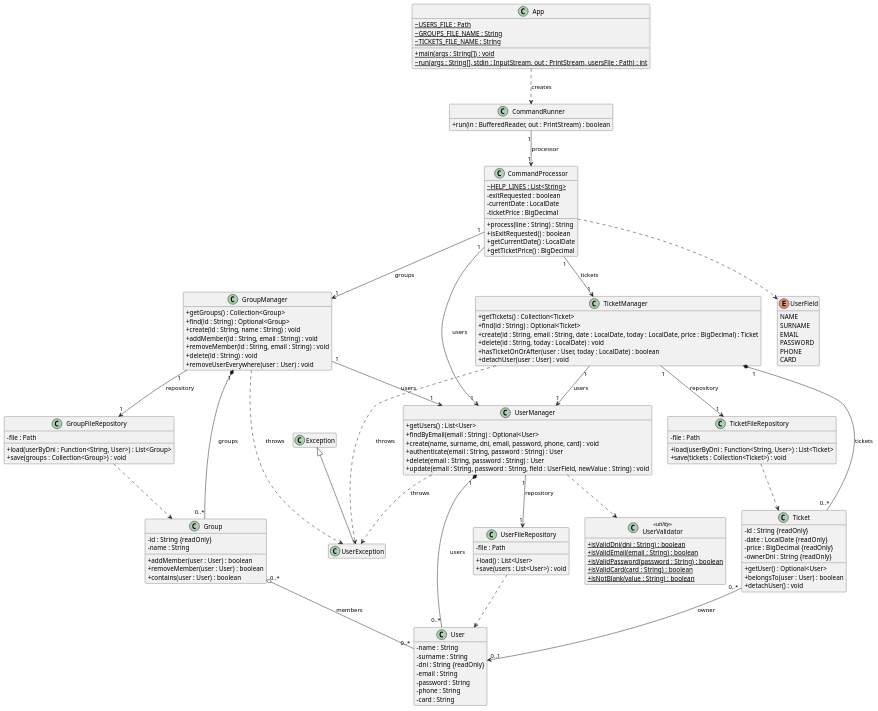
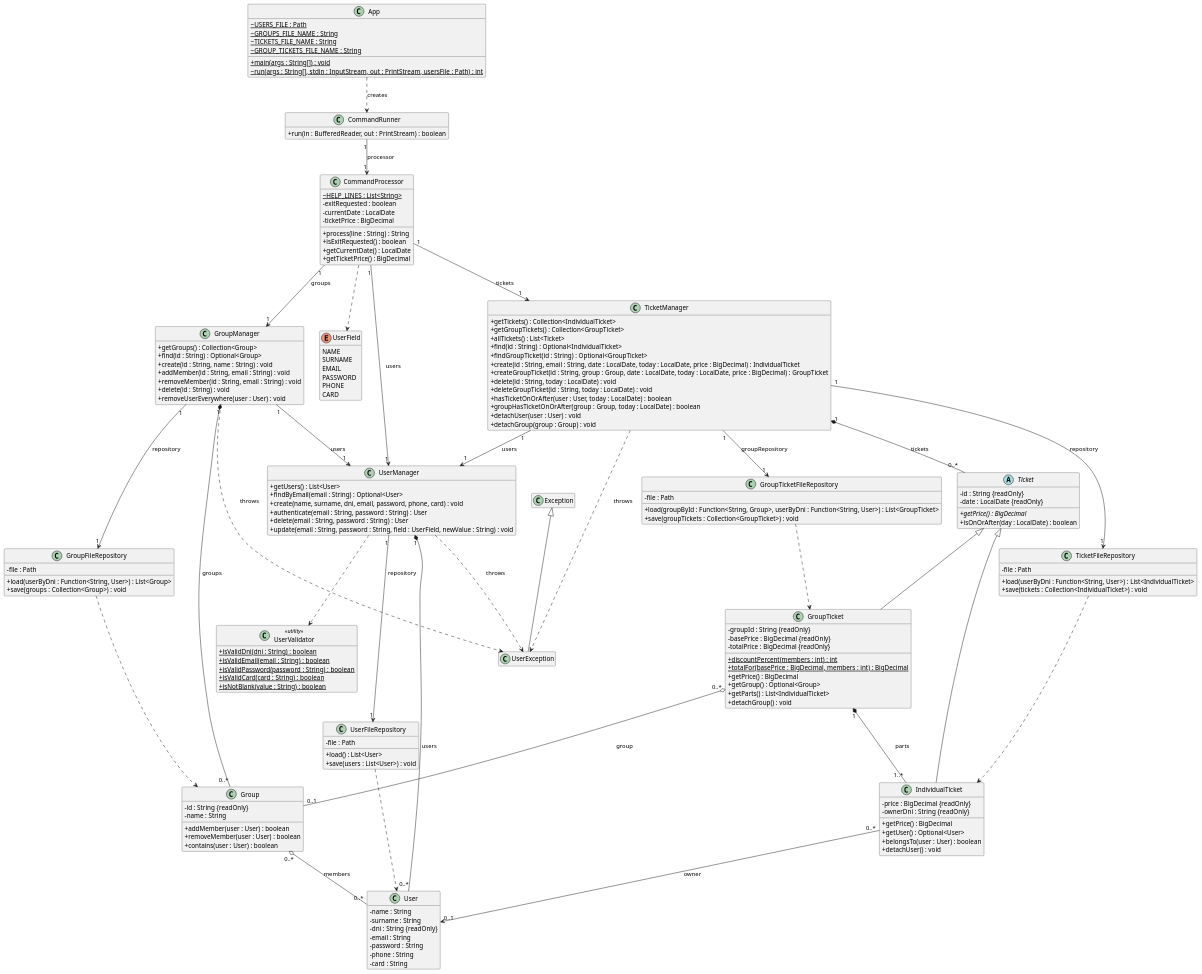
One commit to skai-upm/caise27 changed the diagram in docs/uml/model.puml. Above: the diagram before and after it, drawn with PlantUML. The commit also changed 32 other files, not shown here.

```diff
--- a/docs/uml/model.puml
+++ b/docs/uml/model.puml
@@ -1,150 +1,189 @@
 @startuml model
 ' Class model of the amusement-park application (package es.upm.etsisi.amusementpark).
 ' Keep in sync with src/main/java when classes or relationships change.
 
 skinparam classAttributeIconSize 0
 hide empty members
 
 class App {
   {static} ~USERS_FILE : Path
   {static} ~GROUPS_FILE_NAME : String
   {static} ~TICKETS_FILE_NAME : String
+  {static} ~GROUP_TICKETS_FILE_NAME : String
   {static} +main(args : String[]) : void
   {static} ~run(args : String[], stdin : InputStream, out : PrintStream, usersFile : Path) : int
 }
 
 class CommandRunner {
   +run(in : BufferedReader, out : PrintStream) : boolean
 }
 
 class CommandProcessor {
   {static} ~HELP_LINES : List<String>
   -exitRequested : boolean
   -currentDate : LocalDate
   -ticketPrice : BigDecimal
   +process(line : String) : String
   +isExitRequested() : boolean
   +getCurrentDate() : LocalDate
   +getTicketPrice() : BigDecimal
 }
 
 class UserManager {
   +getUsers() : List<User>
   +findByEmail(email : String) : Optional<User>
   +create(name, surname, dni, email, password, phone, card) : void
   +authenticate(email : String, password : String) : User
   +delete(email : String, password : String) : User
   +update(email : String, password : String, field : UserField, newValue : String) : void
 }
 
 class UserFileRepository {
   -file : Path
   +load() : List<User>
   +save(users : List<User>) : void
 }
 
 class User {
   -name : String
   -surname : String
   -dni : String {readOnly}
   -email : String
   -password : String
   -phone : String
   -card : String
 }
 
 enum UserField {
   NAME
   SURNAME
   EMAIL
   PASSWORD
   PHONE
   CARD
 }
 
 class UserValidator <<utility>> {
   {static} +isValidDni(dni : String) : boolean
   {static} +isValidEmail(email : String) : boolean
   {static} +isValidPassword(password : String) : boolean
   {static} +isValidCard(card : String) : boolean
   {static} +isNotBlank(value : String) : boolean
 }
 
 class UserException
 
 class GroupManager {
   +getGroups() : Collection<Group>
   +find(id : String) : Optional<Group>
   +create(id : String, name : String) : void
   +addMember(id : String, email : String) : void
   +removeMember(id : String, email : String) : void
   +delete(id : String) : void
   +removeUserEverywhere(user : User) : void
 }
 
 class GroupFileRepository {
   -file : Path
   +load(userByDni : Function<String, User>) : List<Group>
   +save(groups : Collection<Group>) : void
 }
 
 class Group {
   -id : String {readOnly}
   -name : String
   +addMember(user : User) : boolean
   +removeMember(user : User) : boolean
   +contains(user : User) : boolean
 }
 
 class TicketManager {
-  +getTickets() : Collection<Ticket>
-  +find(id : String) : Optional<Ticket>
-  +create(id : String, email : String, date : LocalDate, today : LocalDate, price : BigDecimal) : Ticket
+  +getTickets() : Collection<IndividualTicket>
+  +getGroupTickets() : Collection<GroupTicket>
+  +allTickets() : List<Ticket>
+  +find(id : String) : Optional<IndividualTicket>
+  +findGroupTicket(id : String) : Optional<GroupTicket>
+  +create(id : String, email : String, date : LocalDate, today : LocalDate, price : BigDecimal) : IndividualTicket
+  +createGroupTicket(id : String, group : Group, date : LocalDate, today : LocalDate, price : BigDecimal) : GroupTicket
   +delete(id : String, today : LocalDate) : void
+  +deleteGroupTicket(id : String, today : LocalDate) : void
   +hasTicketOnOrAfter(user : User, today : LocalDate) : boolean
+  +groupHasTicketOnOrAfter(group : Group, today : LocalDate) : boolean
   +detachUser(user : User) : void
+  +detachGroup(group : Group) : void
 }
 
 class TicketFileRepository {
   -file : Path
-  +load(userByDni : Function<String, User>) : List<Ticket>
-  +save(tickets : Collection<Ticket>) : void
+  +load(userByDni : Function<String, User>) : List<IndividualTicket>
+  +save(tickets : Collection<IndividualTicket>) : void
 }
 
-class Ticket {
+class GroupTicketFileRepository {
+  -file : Path
+  +load(groupById : Function<String, Group>, userByDni : Function<String, User>) : List<GroupTicket>
+  +save(groupTickets : Collection<GroupTicket>) : void
+}
+
+abstract class Ticket {
   -id : String {readOnly}
   -date : LocalDate {readOnly}
+  +{abstract} getPrice() : BigDecimal
+  +isOnOrAfter(day : LocalDate) : boolean
+}
+
+class IndividualTicket {
   -price : BigDecimal {readOnly}
   -ownerDni : String {readOnly}
+  +getPrice() : BigDecimal
   +getUser() : Optional<User>
   +belongsTo(user : User) : boolean
   +detachUser() : void
 }
+
+class GroupTicket {
+  -groupId : String {readOnly}
+  -basePrice : BigDecimal {readOnly}
+  -totalPrice : BigDecimal {readOnly}
+  {static} +discountPercent(members : int) : int
+  {static} +totalFor(basePrice : BigDecimal, members : int) : BigDecimal
+  +getPrice() : BigDecimal
+  +getGroup() : Optional<Group>
+  +getParts() : List<IndividualTicket>
+  +detachGroup() : void
+}
+
+Ticket <|-- IndividualTicket
+Ticket <|-- GroupTicket
 
 Exception <|-- UserException
 
 App ..> CommandRunner : creates
 CommandRunner "1" --> "1" CommandProcessor : processor
 CommandProcessor "1" --> "1" UserManager : users
 CommandProcessor "1" --> "1" GroupManager : groups
 CommandProcessor ..> UserField
 UserManager "1" --> "1" UserFileRepository : repository
 UserManager "1" *-- "0..*" User : users
 UserManager ..> UserValidator
 GroupManager "1" --> "1" GroupFileRepository : repository
 GroupManager "1" --> "1" UserManager : users
 GroupManager "1" *-- "0..*" Group : groups
 Group "0..*" o-- "0..*" User : members
 CommandProcessor "1" --> "1" TicketManager : tickets
 TicketManager "1" --> "1" TicketFileRepository : repository
 TicketManager "1" --> "1" UserManager : users
+TicketManager "1" --> "1" GroupTicketFileRepository : groupRepository
 TicketManager "1" *-- "0..*" Ticket : tickets
-Ticket "0..*" --> "0..1" User : owner
-TicketFileRepository ..> Ticket
+IndividualTicket "0..*" --> "0..1" User : owner
+GroupTicket "1" *-- "1..*" IndividualTicket : parts
+GroupTicket "0..*" o-- "0..1" Group : group
+TicketFileRepository ..> IndividualTicket
+GroupTicketFileRepository ..> GroupTicket
 TicketManager ..> UserException : throws
 UserFileRepository ..> User
 GroupFileRepository ..> Group
 UserManager ..> UserException : throws
 GroupManager ..> UserException : throws
 
 @enduml
```
